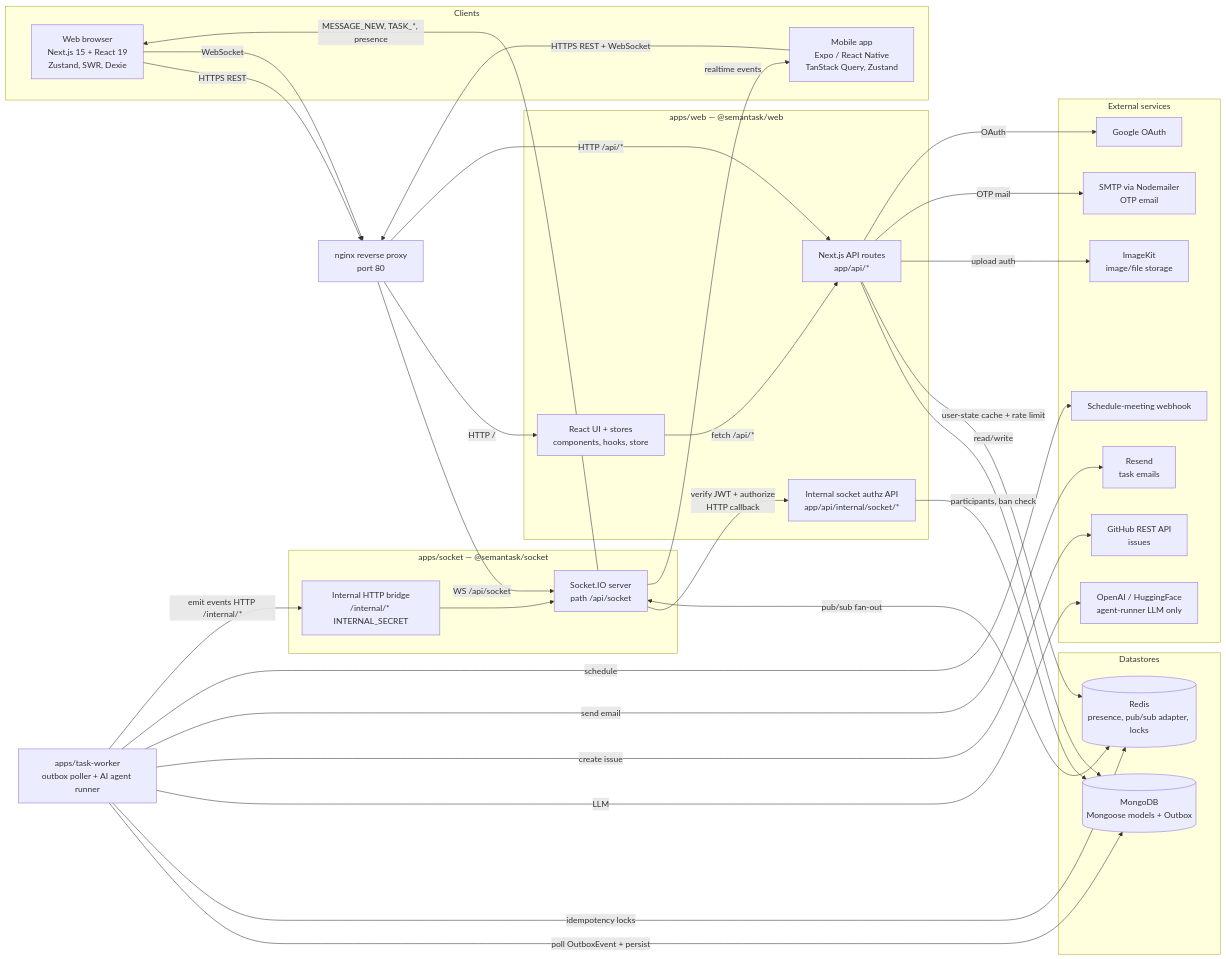
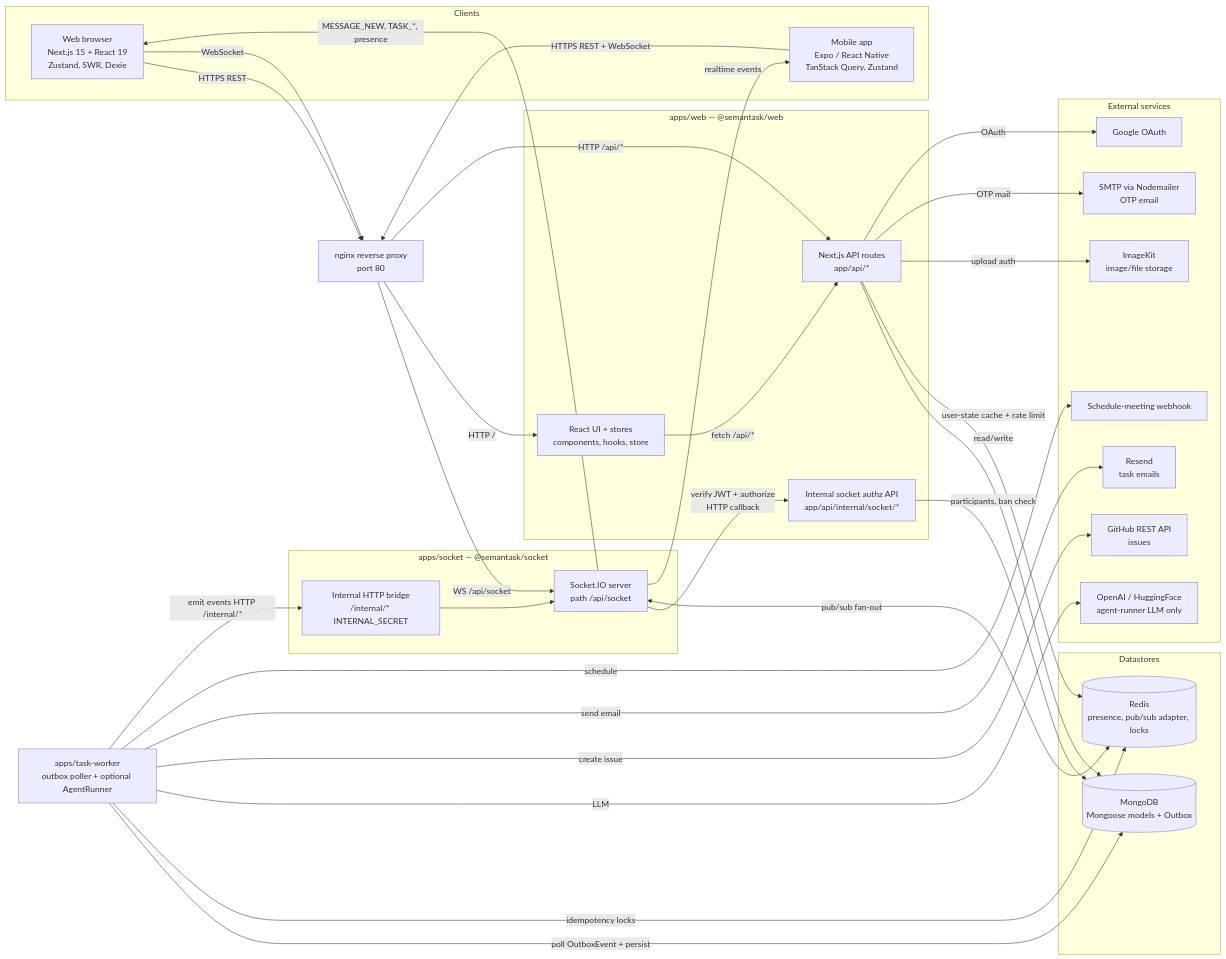
One commit to HarshdeepsinghLocham/chat-app changed the first of 3 diagrams in docs/ARCHITECTURE.md. Above: the diagram before and after it, drawn with Mermaid. The commit also changed other lines of this file and 6 other files, not shown here.

````diff
--- a/docs/ARCHITECTURE.md
+++ b/docs/ARCHITECTURE.md
@@ -64,68 +65,68 @@
 ```mermaid
 flowchart LR
     subgraph Clients
         WEB["Web browser<br/>Next.js 15 + React 19<br/>Zustand, SWR, Dexie"]
         MOB["Mobile app<br/>Expo / React Native<br/>TanStack Query, Zustand"]
     end
 
     NGINX["nginx reverse proxy<br/>port 80"]
 
     subgraph WebTier["apps/web — @semantask/web"]
         NEXTUI["React UI + stores<br/>components, hooks, store"]
         NEXTAPI["Next.js API routes<br/>app/api/*"]
         INTAUTH["Internal socket authz API<br/>app/api/internal/socket/*"]
     end
 
     subgraph RealtimeTier["apps/socket — @semantask/socket"]
         IO["Socket.IO server<br/>path /api/socket"]
         INTHTTP["Internal HTTP bridge<br/>/internal/* INTERNAL_SECRET"]
     end
 
-    WORKER["apps/task-worker<br/>outbox poller + AI agent runner"]
+    WORKER["apps/task-worker<br/>outbox poller + optional AgentRunner"]
 
     subgraph Data["Datastores"]
         MONGO[("MongoDB<br/>Mongoose models + Outbox")]
         REDIS[("Redis<br/>presence, pub/sub adapter, locks")]
     end
 
     subgraph External["External services"]
         IMAGEKIT["ImageKit<br/>image/file storage"]
         OPENAI["OpenAI / HuggingFace<br/>agent-runner LLM only"]
         GH["GitHub REST API<br/>issues"]
         RESEND["Resend<br/>task emails"]
         SMTP["SMTP via Nodemailer<br/>OTP email"]
         GOOGLE["Google OAuth"]
         MEET["Schedule-meeting webhook"]
     end
 
     WEB -->|"HTTPS REST"| NGINX
     WEB -->|"WebSocket"| NGINX
     MOB -->|"HTTPS REST + WebSocket"| NGINX
 
     NGINX -->|"HTTP /"| NEXTUI
     NGINX -->|"HTTP /api/*"| NEXTAPI
     NGINX -->|"WS /api/socket"| IO
 
     NEXTUI -->|"fetch /api/*"| NEXTAPI
     NEXTAPI -->|"read/write"| MONGO
     NEXTAPI -->|"user-state cache + rate limit"| REDIS
     NEXTAPI -->|"upload auth"| IMAGEKIT
     NEXTAPI -->|"OTP mail"| SMTP
     NEXTAPI -->|"OAuth"| GOOGLE
 
     IO -->|"verify JWT + authorize<br/>HTTP callback"| INTAUTH
     IO <-->|"pub/sub fan-out"| REDIS
     INTAUTH -->|"participants, ban check"| MONGO
 
     WORKER -->|"poll OutboxEvent + persist"| MONGO
     WORKER -->|"idempotency locks"| REDIS
     WORKER -->|"LLM"| OPENAI
     WORKER -->|"create issue"| GH
     WORKER -->|"send email"| RESEND
     WORKER -->|"schedule"| MEET
     WORKER -->|"emit events HTTP /internal/*"| INTHTTP
 
     INTHTTP --> IO
     IO -->|"MESSAGE_NEW, TASK_*, presence"| WEB
     IO -->|"realtime events"| MOB
 ```
````
